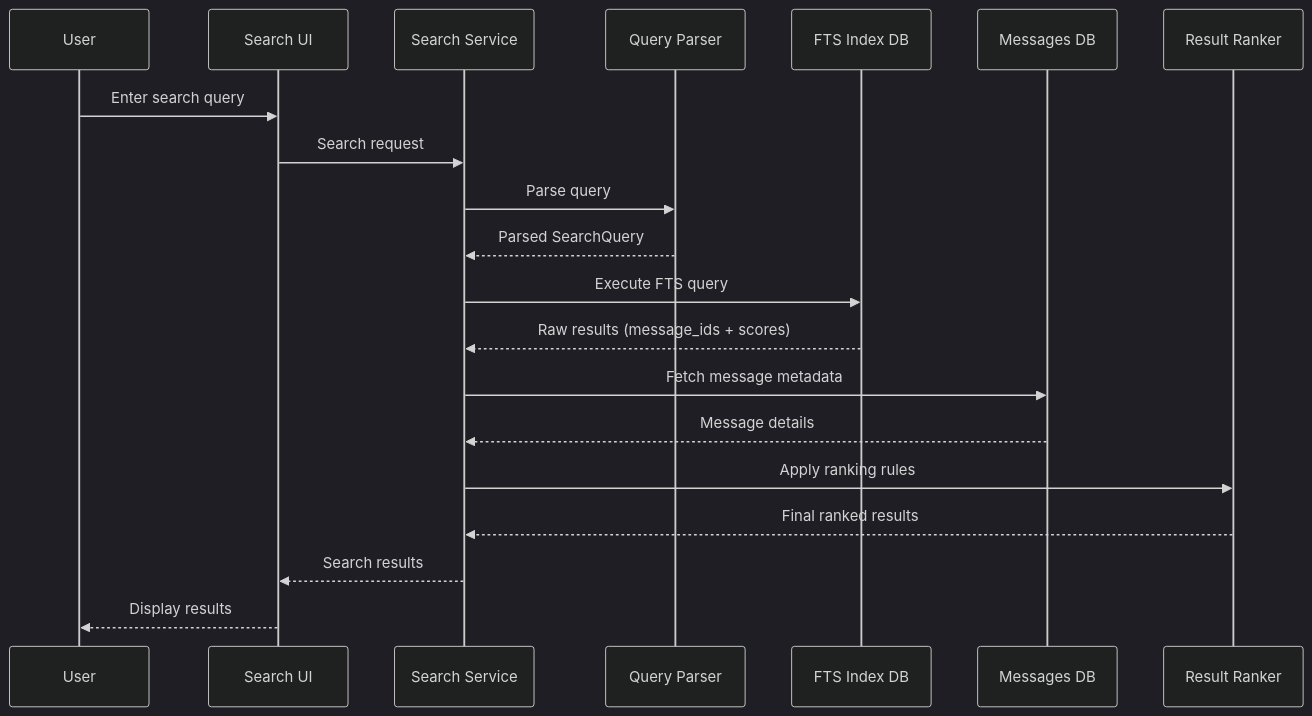
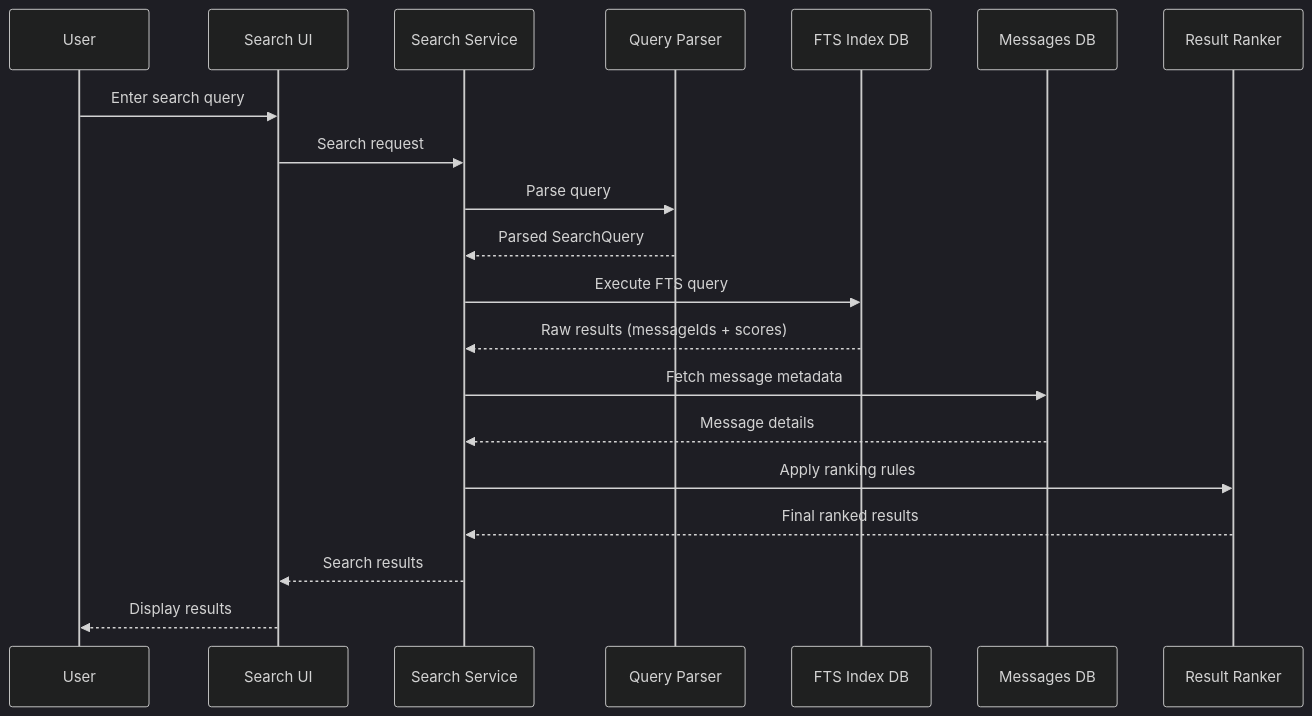
The fourth of 7 diagrams in README-search.md (Yuqgnort/electron-chat-app), drawn with Mermaid (dark theme) before and after one commit. The commit also changed other lines of this file and 24 other files, not shown here.

````diff
--- a/README-search.md
+++ b/README-search.md
@@ -271,24 +271,24 @@
 ```mermaid
 sequenceDiagram
     participant U as User
     participant UI as Search UI
     participant SS as Search Service
     participant QP as Query Parser
     participant FTS as FTS Index DB
     participant DB as Messages DB
     participant RR as Result Ranker
 
     U->>UI: Enter search query
     UI->>SS: Search request
     SS->>QP: Parse query
     QP-->>SS: Parsed SearchQuery
     SS->>FTS: Execute FTS query
-    FTS-->>SS: Raw results (message_ids + scores)
+    FTS-->>SS: Raw results (messageIds + scores)
     SS->>DB: Fetch message metadata
     DB-->>SS: Message details
     SS->>RR: Apply ranking rules
     RR-->>SS: Final ranked results
     SS-->>UI: Search results
     UI-->>U: Display results
 
 ```
````
